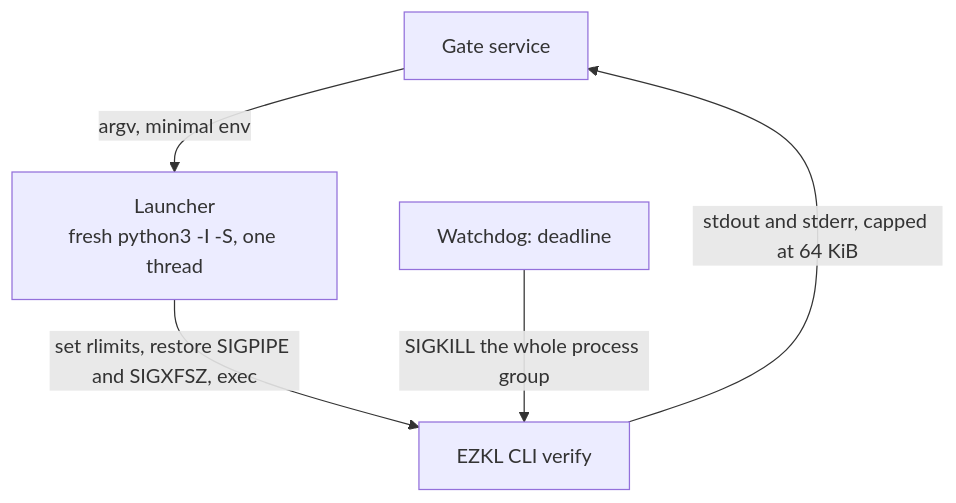
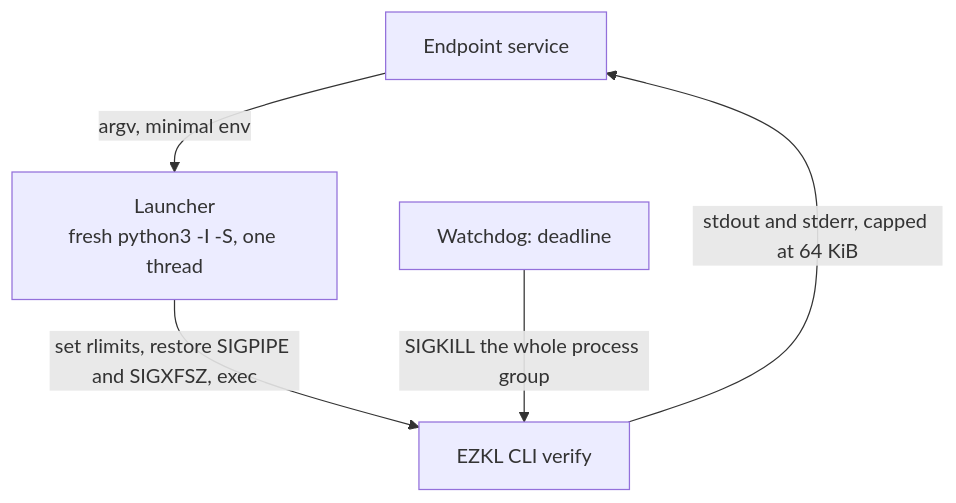
The diagram in book/diagrams/checker.mmd (0x471/fasr-proof-gated-egress), drawn with Mermaid before and after one commit. The commit also changed 82 other files, not shown here.

Commit message:
refactor: rename the gate to the endpoint throughout

```diff
--- a/book/diagrams/checker.mmd
+++ b/book/diagrams/checker.mmd
@@ -1,5 +1,5 @@
 flowchart TD
-    G["Gate service"] -->|"argv, minimal env"| L["Launcher<br/>fresh python3 -I -S, one thread"]
+    G["Endpoint service"] -->|"argv, minimal env"| L["Launcher<br/>fresh python3 -I -S, one thread"]
     L -->|"set rlimits, restore SIGPIPE and SIGXFSZ, exec"| C["EZKL CLI verify"]
     C -->|"stdout and stderr, capped at 64 KiB"| G
     W["Watchdog: deadline"] -->|"SIGKILL the whole process group"| C
```
